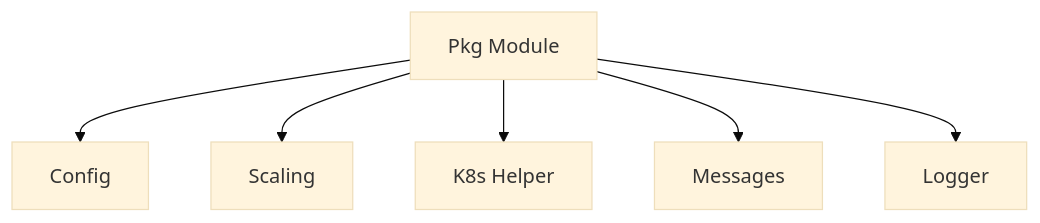
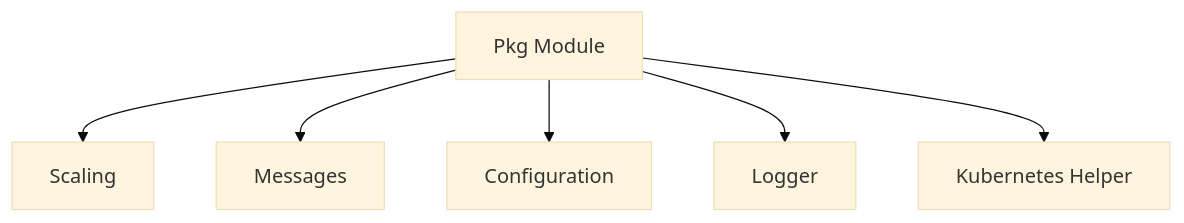
Before and after one commit to ShreyasPatel031/CodeWiki: the diagram in demo/repos/KubeElasti/pkg.md, drawn with Mermaid (base theme). The commit also changed other lines of this file and 23 other files, not shown here.

````diff
--- a/demo/repos/KubeElasti/pkg.md
+++ b/demo/repos/KubeElasti/pkg.md
@@ -9,21 +11,21 @@
 ```mermaid
 graph TD
     pkg[Pkg Module]
-    config[Config]
     scaling[Scaling]
-    k8shelper[K8s Helper]
     messages[Messages]
+    config[Configuration]
     logger[Logger]
+    k8shelper[Kubernetes Helper]
 
+    pkg --> scaling
+    pkg --> messages
     pkg --> config
-    pkg --> scaling
+    pkg --> logger
     pkg --> k8shelper
-    pkg --> messages
-    pkg --> logger
 
-    click config "config.md" "View Config Module"
     click scaling "scaling.md" "View Scaling Module"
-    click k8shelper "k8shelper.md" "View K8s Helper Module"
     click messages "messages.md" "View Messages Module"
+    click config "config.md" "View Configuration Module"
     click logger "logger.md" "View Logger Module"
+    click k8shelper "k8shelper.md" "View Kubernetes Helper Module"
 ```
````
